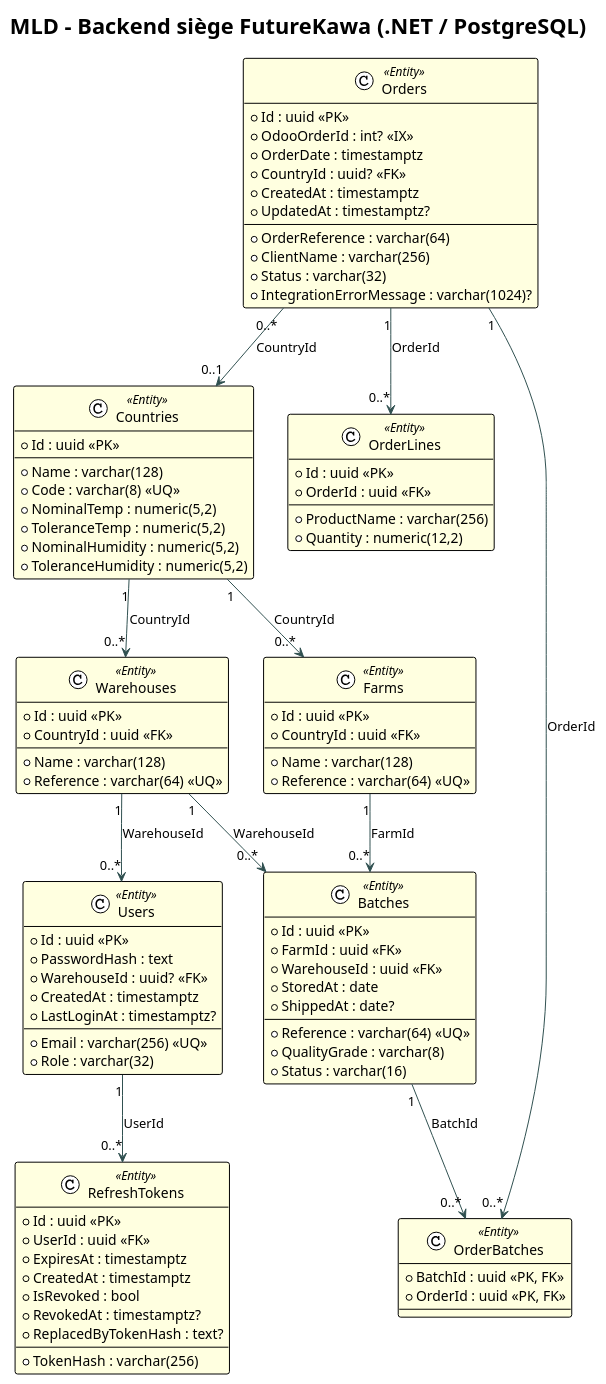
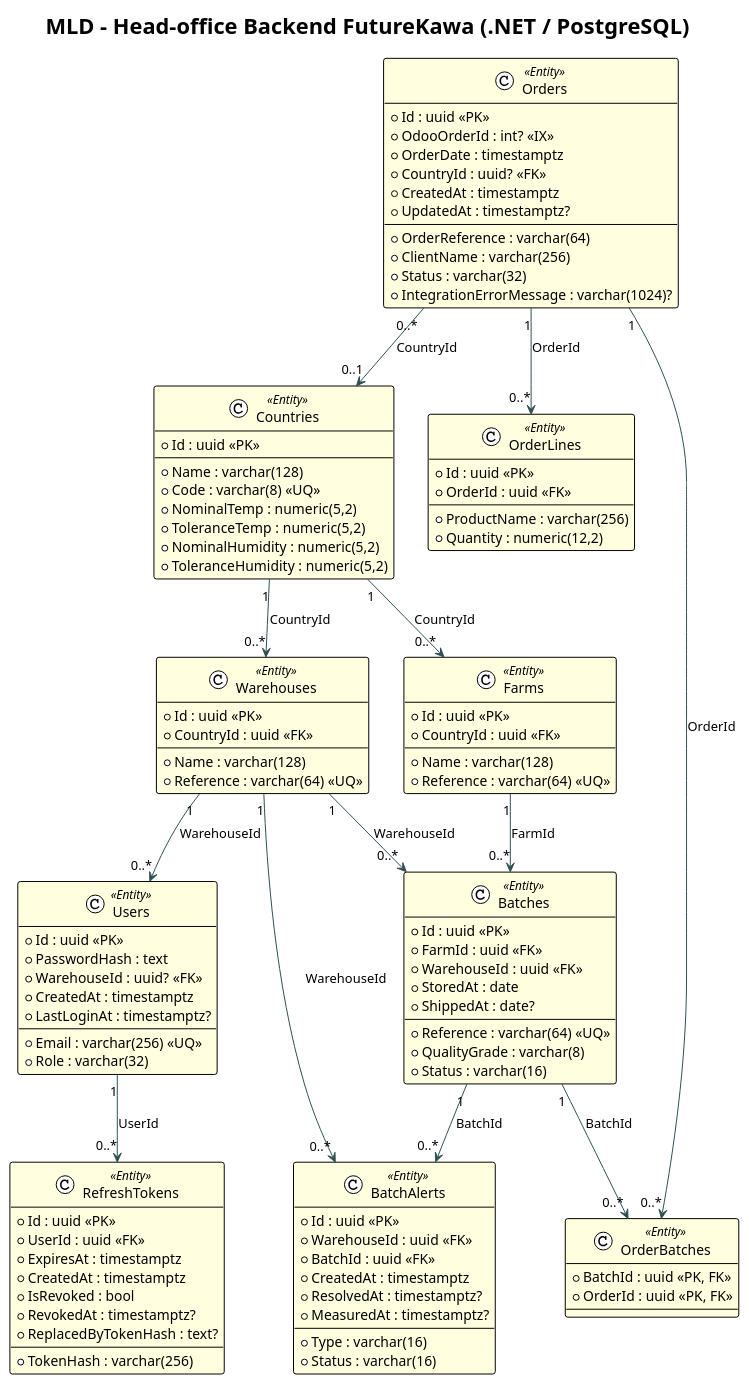
Before and after one commit to FutureKawa-Nte-G2/FutureKawa: the diagram in Documentation/diagrammes/mld_backend.puml, drawn with PlantUML. The commit also changed 1 other file, not shown here.

Commit message:
docs: add BatchAlert entity and translate backend diagrams to English

```diff
--- a/Documentation/diagrammes/mld_backend.puml
+++ b/Documentation/diagrammes/mld_backend.puml
@@ -1,105 +1,118 @@
 @startuml MLD_Backend_FutureKawa
 
 !theme plain
 
-title MLD - Backend siège FutureKawa (.NET / PostgreSQL)
+title MLD - Head-office Backend FutureKawa (.NET / PostgreSQL)
 
 skinparam class {
     BackgroundColor<<Entity>> LightYellow
     ArrowColor DarkSlateGray
 }
 
 class "Users" as Users <<Entity>> {
   + Id : uuid <<PK>>
   + Email : varchar(256) <<UQ>>
   + PasswordHash : text
   + Role : varchar(32)
   + WarehouseId : uuid? <<FK>>
   + CreatedAt : timestamptz
   + LastLoginAt : timestamptz?
 }
 
 class "RefreshTokens" as RefreshTokens <<Entity>> {
   + Id : uuid <<PK>>
   + UserId : uuid <<FK>>
   + TokenHash : varchar(256)
   + ExpiresAt : timestamptz
   + CreatedAt : timestamptz
   + IsRevoked : bool
   + RevokedAt : timestamptz?
   + ReplacedByTokenHash : text?
 }
 
 class "Countries" as Countries <<Entity>> {
   + Id : uuid <<PK>>
   + Name : varchar(128)
   + Code : varchar(8) <<UQ>>
   + NominalTemp : numeric(5,2)
   + ToleranceTemp : numeric(5,2)
   + NominalHumidity : numeric(5,2)
   + ToleranceHumidity : numeric(5,2)
 }
 
 class "Farms" as Farms <<Entity>> {
   + Id : uuid <<PK>>
   + CountryId : uuid <<FK>>
   + Name : varchar(128)
   + Reference : varchar(64) <<UQ>>
 }
 
 class "Warehouses" as Warehouses <<Entity>> {
   + Id : uuid <<PK>>
   + CountryId : uuid <<FK>>
   + Name : varchar(128)
   + Reference : varchar(64) <<UQ>>
 }
 
 class "Batches" as Batches <<Entity>> {
   + Id : uuid <<PK>>
   + FarmId : uuid <<FK>>
   + WarehouseId : uuid <<FK>>
   + Reference : varchar(64) <<UQ>>
   + StoredAt : date
   + ShippedAt : date?
   + QualityGrade : varchar(8)
   + Status : varchar(16)
 }
 
+class "BatchAlerts" as BatchAlerts <<Entity>> {
+  + Id : uuid <<PK>>
+  + WarehouseId : uuid <<FK>>
+  + BatchId : uuid <<FK>>
+  + Type : varchar(16)
+  + Status : varchar(16)
+  + CreatedAt : timestamptz
+  + ResolvedAt : timestamptz?
+  + MeasuredAt : timestamptz?
+}
+
 class "Orders" as Orders <<Entity>> {
   + Id : uuid <<PK>>
   + OdooOrderId : int? <<IX>>
   + OrderReference : varchar(64)
   + OrderDate : timestamptz
   + ClientName : varchar(256)
   + CountryId : uuid? <<FK>>
   + Status : varchar(32)
   + IntegrationErrorMessage : varchar(1024)?
   + CreatedAt : timestamptz
   + UpdatedAt : timestamptz?
 }
 
 class "OrderLines" as OrderLines <<Entity>> {
   + Id : uuid <<PK>>
   + OrderId : uuid <<FK>>
   + ProductName : varchar(256)
   + Quantity : numeric(12,2)
 }
 
 class "OrderBatches" as OrderBatches <<Entity>> {
   + BatchId : uuid <<PK, FK>>
   + OrderId : uuid <<PK, FK>>
 }
 
-' Relations logiques (PK/FK)
+' Logical relationships (PK/FK)
 Users "1" --> "0..*" RefreshTokens : UserId
 Warehouses "1" --> "0..*" Users : WarehouseId
 Countries "1" --> "0..*" Farms : CountryId
 Countries "1" --> "0..*" Warehouses : CountryId
 Farms "1" --> "0..*" Batches : FarmId
 Warehouses "1" --> "0..*" Batches : WarehouseId
+Warehouses "1" --> "0..*" BatchAlerts : WarehouseId
+Batches "1" --> "0..*" BatchAlerts : BatchId
 Orders "1" --> "0..*" OrderLines : OrderId
 Orders "0..*" --> "0..1" Countries : CountryId
 Orders "1" --> "0..*" OrderBatches : OrderId
 Batches "1" --> "0..*" OrderBatches : BatchId
 
 @enduml
```
